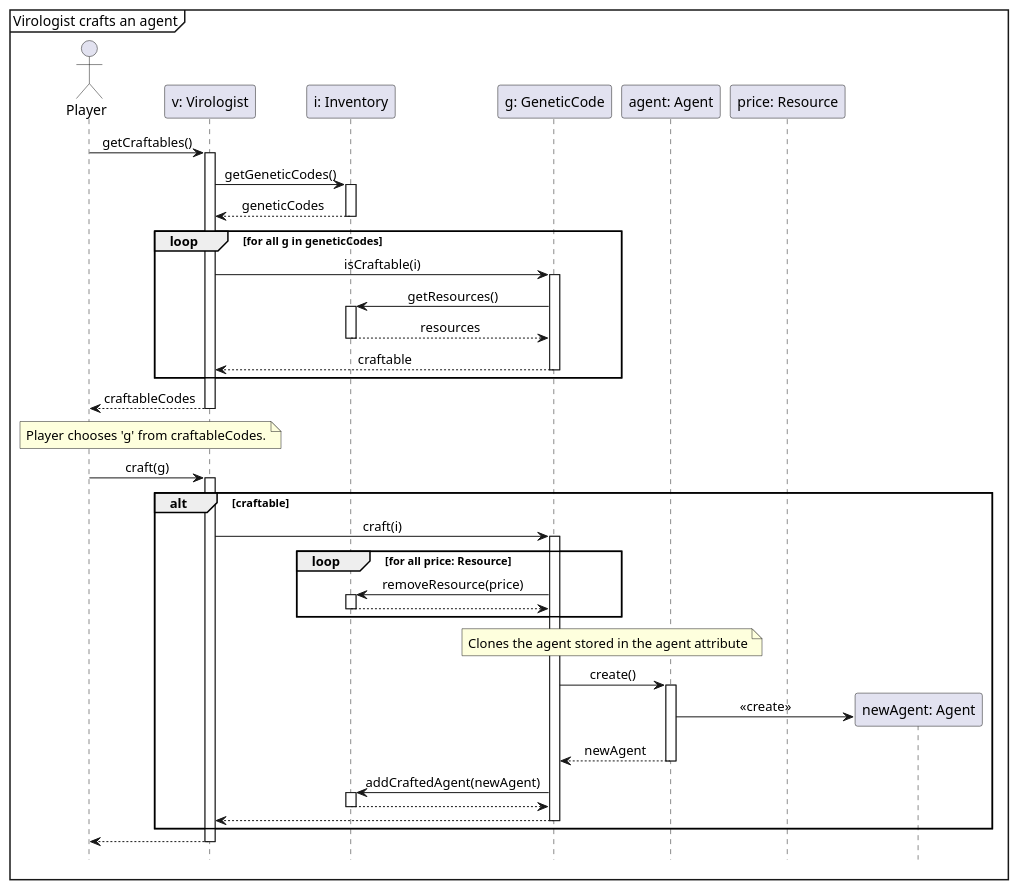
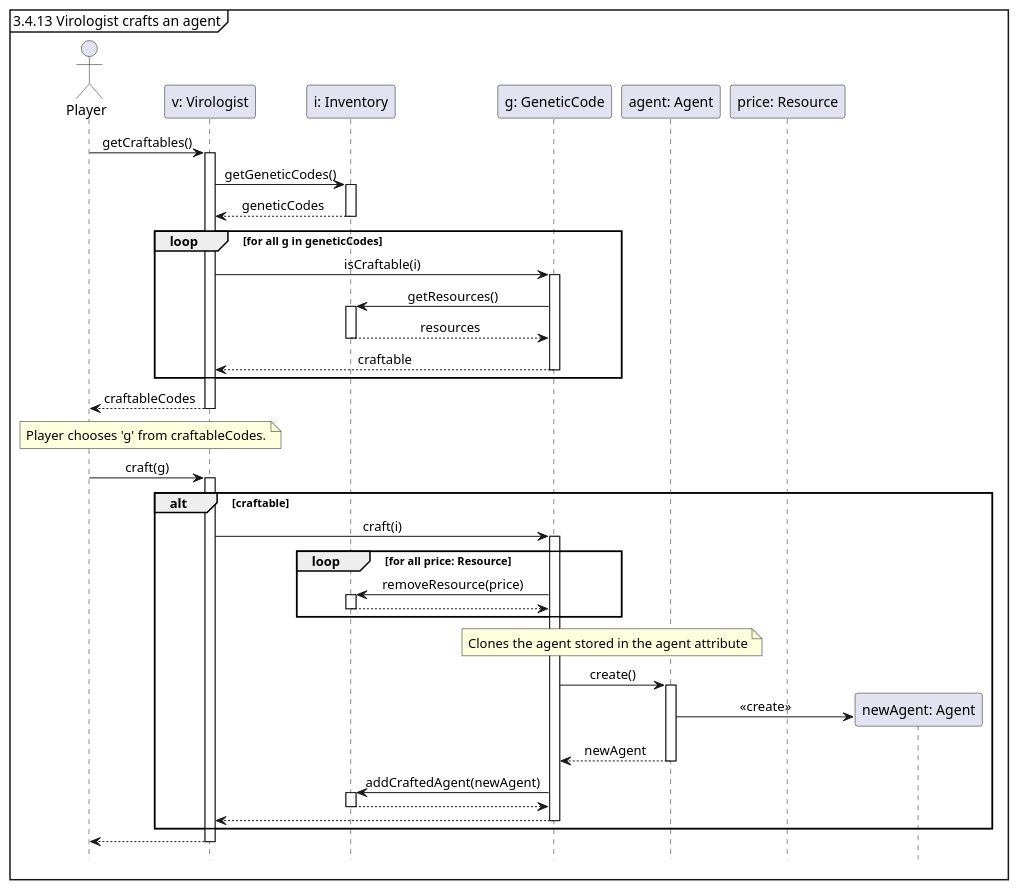
One commit to Tschonti/503-service-unavailable changed the diagram in docs/seqDiagrams/11craftAnAgent.puml. Above: the diagram before and after it, drawn with PlantUML. The commit also changed 9 other files, not shown here.

```diff
--- a/docs/seqDiagrams/11craftAnAgent.puml
+++ b/docs/seqDiagrams/11craftAnAgent.puml
@@ -1,48 +1,48 @@
 @startuml
 'https://plantuml.com/sequence-diagram
 
 hide footbox
 skinparam sequenceMessageAlign center
 
-mainframe Virologist crafts an agent
+mainframe 3.4.13 Virologist crafts an agent
 
 actor Player as p
 participant "v: Virologist" as v
 participant "i: Inventory" as i
 participant "g: GeneticCode" as g
 participant "agent: Agent" as a1
 participant "price: Resource"
 participant "newAgent: Agent" as a2
 
 p -> v ++ : getCraftables()
 
     v -> i ++ : getGeneticCodes()
     return geneticCodes
 
     loop for all g in geneticCodes
         v -> g ++ : isCraftable(i)
             g -> i ++ : getResources()
             return resources
         return craftable
     end
 return craftableCodes
 
 note over p,v: Player chooses 'g' from craftableCodes.
 p -> v ++ : craft(g)
     alt craftable
         v -> g ++ : craft(i)
             loop for all price: Resource
                 g -> i ++ : removeResource(price)
                 return
             end
             note over g, a1 : Clones the agent stored in the agent attribute
             g -> a1 ++ : create()
                 a1 -> a2 ** : <<create>>
             return newAgent
             g -> i ++ : addCraftedAgent(newAgent)
             return
         return
     end
 return
 
 @enduml
```
